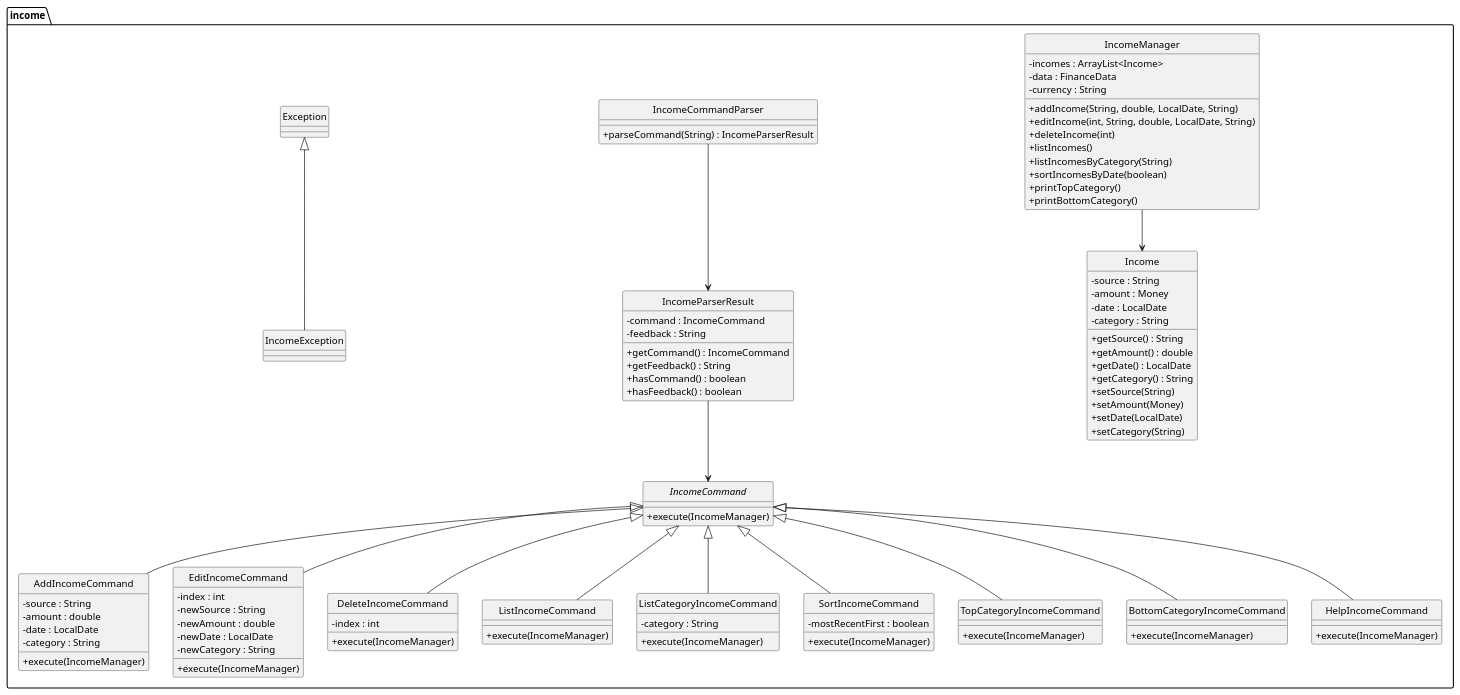
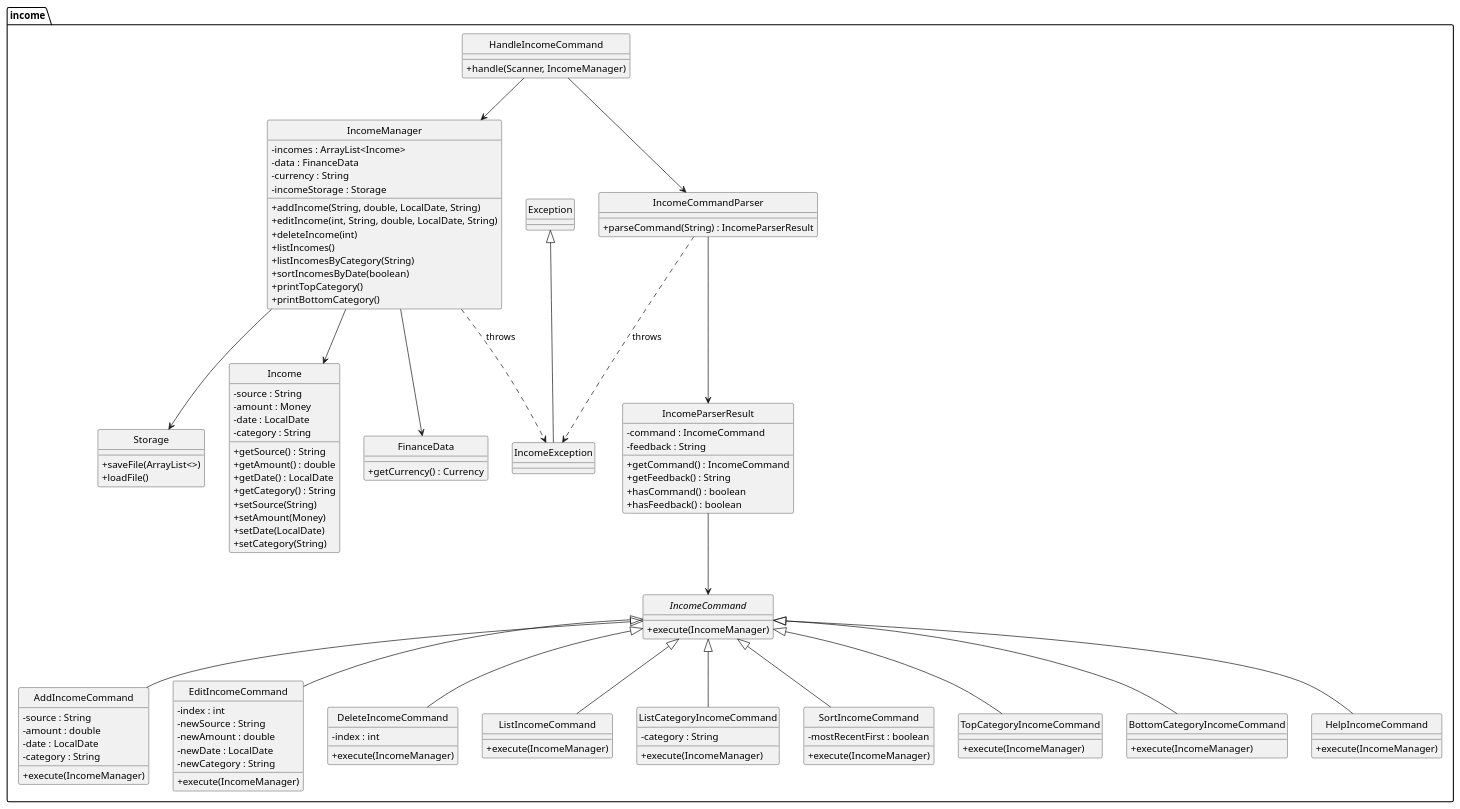
The diagram in docs/diagrams/IncomeManager.puml (trunghjieu2506/tp), drawn with PlantUML before and after one commit. The commit also changed 8 other files, not shown here.

Commit message:
Update PlantUML diagrams

```diff
--- a/docs/diagrams/IncomeManager.puml
+++ b/docs/diagrams/IncomeManager.puml
@@ -1,119 +1,140 @@
 @startuml IncomePackageClassDiagram
 hide circle
 skinparam classAttributeIconSize 0
 
 package "income" {
     class Income {
         - source : String
         - amount : Money
         - date : LocalDate
         - category : String
         + getSource() : String
         + getAmount() : double
         + getDate() : LocalDate
         + getCategory() : String
         + setSource(String)
         + setAmount(Money)
         + setDate(LocalDate)
         + setCategory(String)
     }
 
     class IncomeManager {
         - incomes : ArrayList<Income>
         - data : FinanceData
         - currency : String
+        - incomeStorage : Storage
         + addIncome(String, double, LocalDate, String)
         + editIncome(int, String, double, LocalDate, String)
         + deleteIncome(int)
         + listIncomes()
         + listIncomesByCategory(String)
         + sortIncomesByDate(boolean)
         + printTopCategory()
         + printBottomCategory()
     }
 
     abstract class IncomeCommand {
         + execute(IncomeManager)
     }
 
     class AddIncomeCommand {
         - source : String
         - amount : double
         - date : LocalDate
         - category : String
         + execute(IncomeManager)
     }
 
     class EditIncomeCommand {
         - index : int
         - newSource : String
         - newAmount : double
         - newDate : LocalDate
         - newCategory : String
         + execute(IncomeManager)
     }
 
     class DeleteIncomeCommand {
         - index : int
         + execute(IncomeManager)
     }
 
     class ListIncomeCommand {
         + execute(IncomeManager)
     }
 
     class ListCategoryIncomeCommand {
         - category : String
         + execute(IncomeManager)
     }
 
     class SortIncomeCommand {
         - mostRecentFirst : boolean
         + execute(IncomeManager)
     }
 
     class TopCategoryIncomeCommand {
         + execute(IncomeManager)
     }
 
     class BottomCategoryIncomeCommand {
         + execute(IncomeManager)
     }
 
     class HelpIncomeCommand {
         + execute(IncomeManager)
     }
 
     class IncomeCommandParser {
         + parseCommand(String) : IncomeParserResult
     }
 
     class IncomeParserResult {
         - command : IncomeCommand
         - feedback : String
         + getCommand() : IncomeCommand
         + getFeedback() : String
         + hasCommand() : boolean
         + hasFeedback() : boolean
     }
 
+    class HandleIncomeCommand {
+        + handle(Scanner, IncomeManager)
+    }
+
     class IncomeException extends Exception
+
+    class FinanceData {
+        + getCurrency() : Currency
+    }
+
+    class Storage {
+        + saveFile(ArrayList<>)
+        + loadFile()
+    }
 
     ' Relationships
     IncomeManager --> Income
+    IncomeManager --> FinanceData
+    IncomeManager --> Storage
+    IncomeManager ..> IncomeException : throws
+
     IncomeCommand <|-- AddIncomeCommand
     IncomeCommand <|-- EditIncomeCommand
     IncomeCommand <|-- DeleteIncomeCommand
     IncomeCommand <|-- ListIncomeCommand
     IncomeCommand <|-- ListCategoryIncomeCommand
     IncomeCommand <|-- SortIncomeCommand
     IncomeCommand <|-- TopCategoryIncomeCommand
     IncomeCommand <|-- BottomCategoryIncomeCommand
     IncomeCommand <|-- HelpIncomeCommand
 
     IncomeCommandParser --> IncomeParserResult
+    IncomeCommandParser ..> IncomeException : throws
     IncomeParserResult --> IncomeCommand
 
+    HandleIncomeCommand --> IncomeCommandParser
+    HandleIncomeCommand --> IncomeManager
 }
 
 @enduml
```
